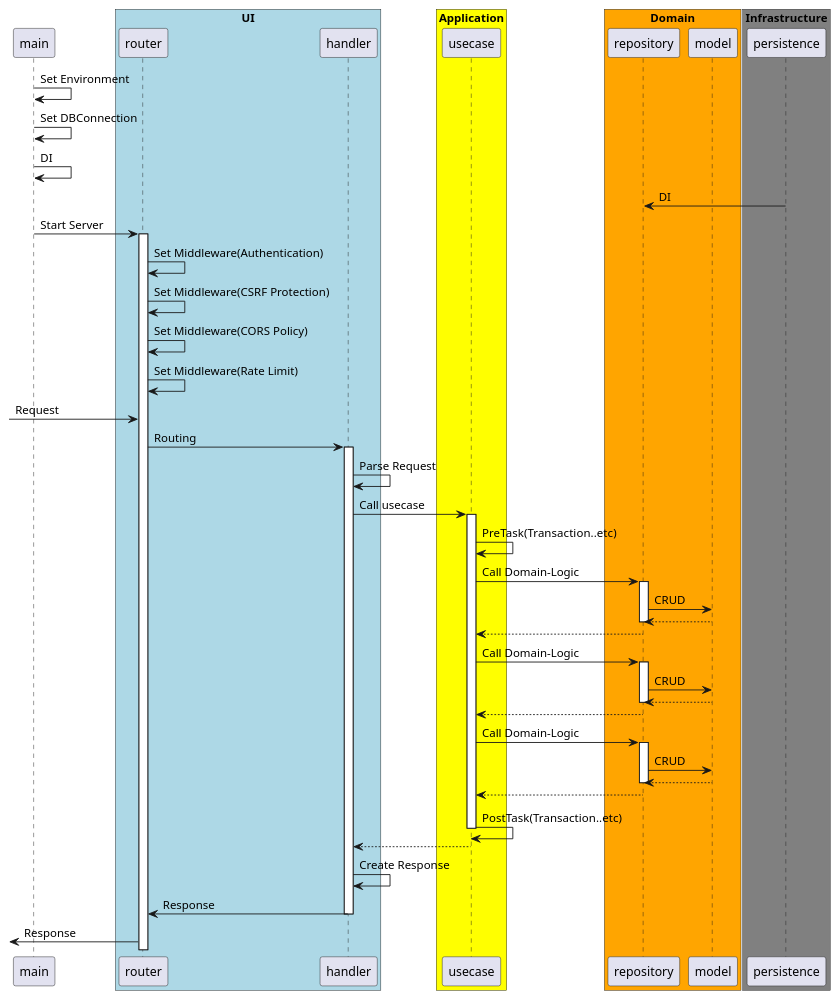
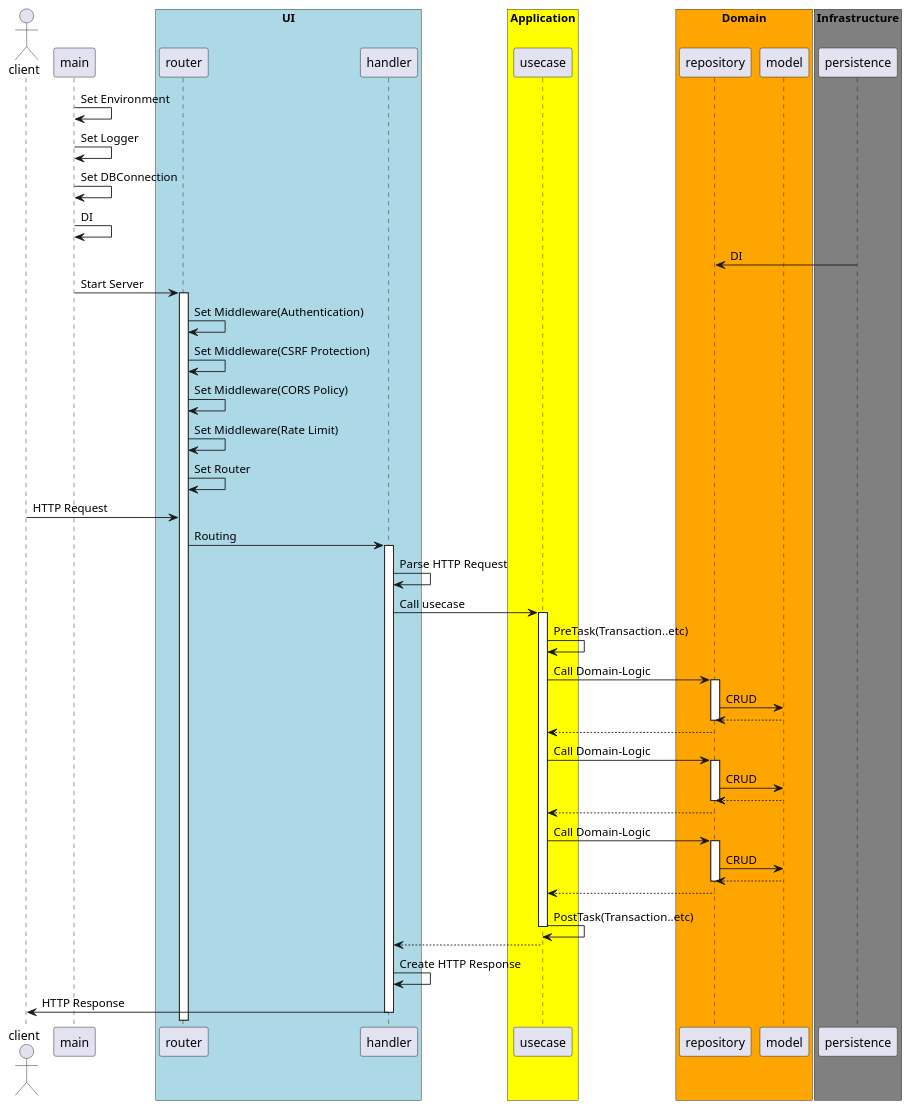
One commit to oshou/AwesomeMusic-api changed the diagram in docs/sequence.pu. Above: the diagram before and after it, drawn with PlantUML. The commit also changed 3 other files, not shown here.

```diff
--- a/docs/sequence.pu
+++ b/docs/sequence.pu
@@ -2,60 +2,62 @@
 @startuml
+actor client
 participant main
 box "UI" #LightBlue
   participant router
   participant handler
 end box
 box "Application" #Yellow
   participant usecase
 end box
 box "Domain" #Orange
   participant repository
   participant model
 end box
 box "Infrastructure" #Gray
   participant persistence
 end box
 
 main -> main: Set Environment
+main -> main: Set Logger
 main -> main: Set DBConnection
 main -> main: DI
 persistence -> repository: DI
 main -> router: Start Server
 activate router
 router -> router: Set Middleware(Authentication)
 router -> router: Set Middleware(CSRF Protection)
 router -> router: Set Middleware(CORS Policy)
 router -> router: Set Middleware(Rate Limit)
-[-> router : Request
+router -> router: Set Router
+client -> router : HTTP Request
 router -> handler: Routing
 activate handler
-handler -> handler: Parse Request
+handler -> handler: Parse HTTP Request
 handler -> usecase: Call usecase
 activate usecase
 usecase -> usecase: PreTask(Transaction..etc)
 usecase -> repository: Call Domain-Logic
 activate repository
 repository -> model: CRUD
 repository <-- model:
 deactivate repository
 usecase <-- repository:
 usecase -> repository: Call Domain-Logic
 activate repository
 repository -> model: CRUD
 repository <-- model:
 deactivate repository
 usecase <-- repository:
 usecase -> repository: Call Domain-Logic
 activate repository
 repository -> model: CRUD
 repository <-- model:
 deactivate repository
 usecase <-- repository:
 usecase -> usecase: PostTask(Transaction..etc)
 deactivate usecase
 handler <-- usecase:
-handler -> handler: Create Response
-router <- handler: Response
+handler -> handler: Create HTTP Response
+client <- handler: HTTP Response
 deactivate handler
-[<- router: Response
 @enduml
```
